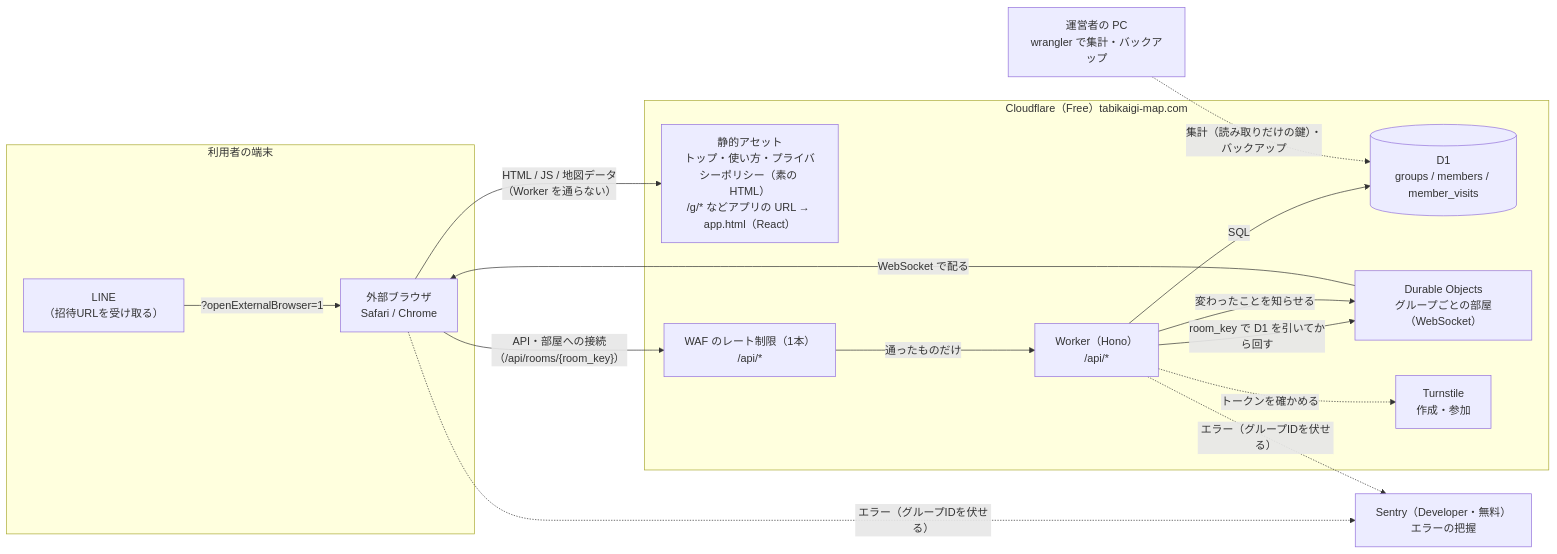
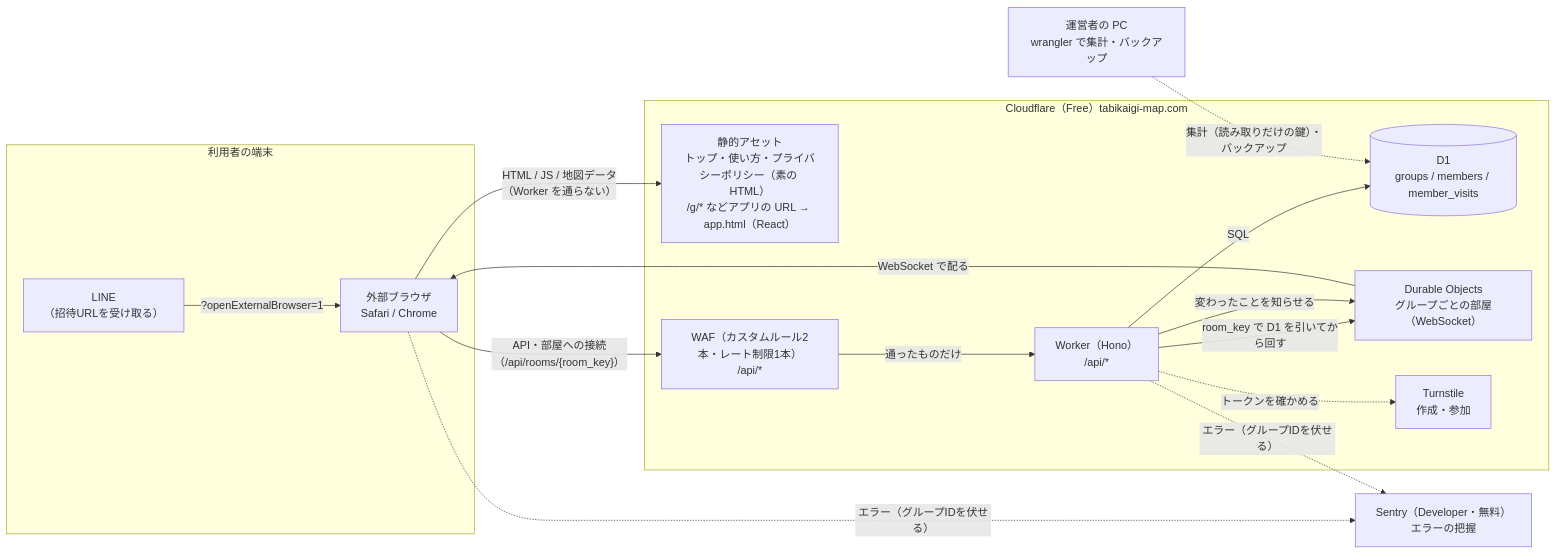
Before and after one commit to yuppy52/tabikaigi-map: the diagram in docs/design/architecture.md, drawn with Mermaid. The commit also changed other lines of this file and 8 other files, not shown here.

````diff
--- a/docs/design/architecture.md
+++ b/docs/design/architecture.md
@@ -7,32 +7,32 @@
 ```mermaid
 flowchart LR
   subgraph client["利用者の端末"]
     LINE["LINE<br/>（招待URLを受け取る）"]
     Browser["外部ブラウザ<br/>Safari / Chrome"]
     LINE -- "?openExternalBrowser=1" --> Browser
   end
   Ops["運営者の PC<br/>wrangler で集計・バックアップ"]
 
   subgraph cf["Cloudflare（Free）tabikaigi-map.com"]
     Assets["静的アセット<br/>トップ・使い方・プライバシーポリシー（素の HTML）<br/>/g/* などアプリの URL → app.html（React）"]
-    WAF["WAF のレート制限（1本）<br/>/api/*"]
+    WAF["WAF（カスタムルール2本・レート制限1本）<br/>/api/*"]
     Worker["Worker（Hono）<br/>/api/*"]
     D1[("D1<br/>groups / members / member_visits")]
     Room["Durable Objects<br/>グループごとの部屋（WebSocket）"]
     Turnstile["Turnstile<br/>作成・参加"]
   end
 
   Sentry["Sentry（Developer・無料）<br/>エラーの把握"]
 
   Browser -- "HTML / JS / 地図データ<br/>（Worker を通らない）" --> Assets
   Browser -- "API・部屋への接続（/api/rooms/{room_key}）" --> WAF
   WAF -- "通ったものだけ" --> Worker
   Worker -- "SQL" --> D1
   Worker -- "room_key で D1 を引いてから回す" --> Room
   Worker -- "変わったことを知らせる" --> Room
   Room -- "WebSocket で配る" --> Browser
   Worker -. "トークンを確かめる" .-> Turnstile
   Browser -. "エラー（グループIDを伏せる）" .-> Sentry
   Worker -. "エラー（グループIDを伏せる）" .-> Sentry
   Ops -. "集計（読み取りだけの鍵）・バックアップ" .-> D1
 ```
````
